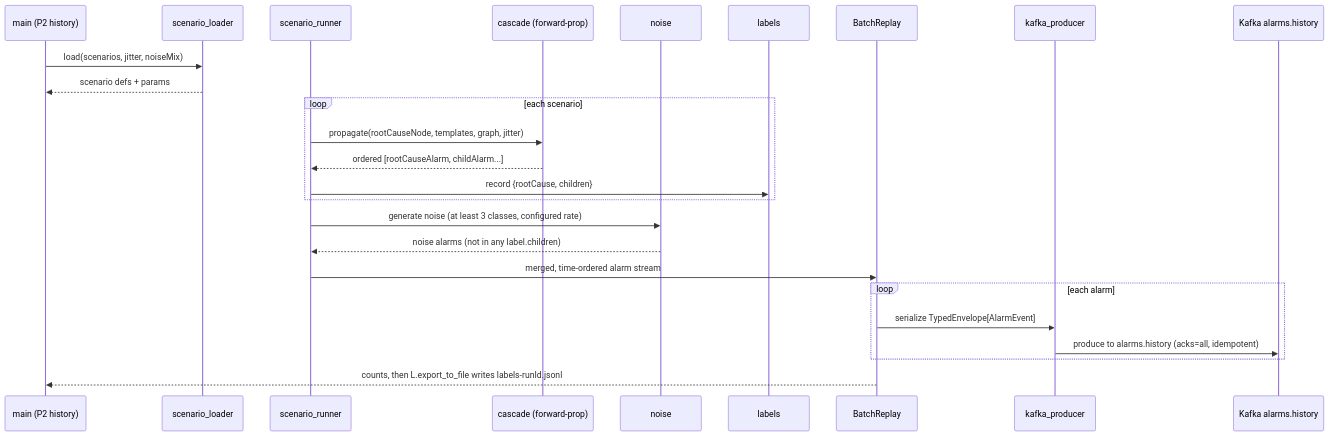
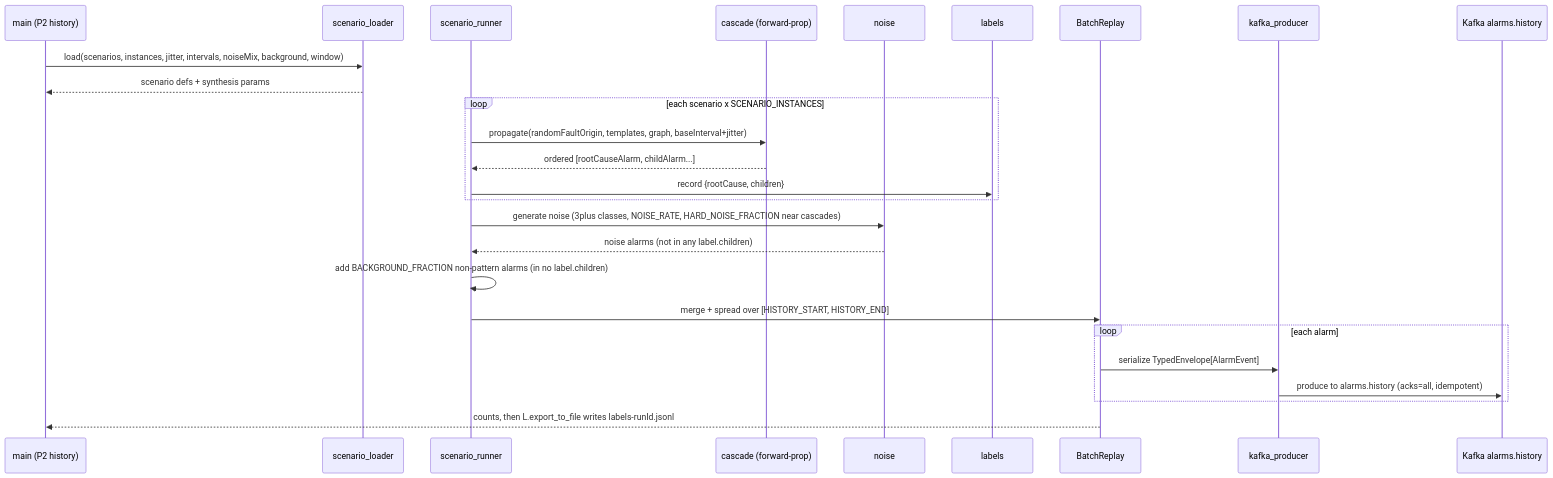
One commit to nikhilmohan/correlation-platform changed the fourth of 8 diagrams in services/simulator/design.md. Above: the diagram before and after it, drawn with Mermaid. The commit also changed other lines of this file, not shown here.

Commit message:
design(simulator): add CLI usage, volume/time/interval config + defaults, randomization scope, evaluation-set synthesis strategy

````diff
--- a/services/simulator/design.md
+++ b/services/simulator/design.md
@@ -330,28 +337,29 @@
 ```mermaid
 sequenceDiagram
   participant CLI as main (P2 history)
   participant SL as scenario_loader
   participant SR as scenario_runner
   participant C as cascade (forward-prop)
   participant N as noise
   participant L as labels
   participant R as BatchReplay
   participant KP as kafka_producer
   participant K as Kafka alarms.history
 
-  CLI->>SL: load(scenarios, jitter, noiseMix)
-  SL-->>CLI: scenario defs + params
-  loop each scenario
-    SR->>C: propagate(rootCauseNode, templates, graph, jitter)
+  CLI->>SL: load(scenarios, instances, jitter, intervals, noiseMix, background, window)
+  SL-->>CLI: scenario defs + synthesis params
+  loop each scenario x SCENARIO_INSTANCES
+    SR->>C: propagate(randomFaultOrigin, templates, graph, baseInterval+jitter)
     C-->>SR: ordered [rootCauseAlarm, childAlarm...]
     SR->>L: record {rootCause, children}
   end
-  SR->>N: generate noise (at least 3 classes, configured rate)
+  SR->>N: generate noise (3plus classes, NOISE_RATE, HARD_NOISE_FRACTION near cascades)
   N-->>SR: noise alarms (not in any label.children)
-  SR->>R: merged, time-ordered alarm stream
+  SR->>SR: add BACKGROUND_FRACTION non-pattern alarms (in no label.children)
+  SR->>R: merge + spread over [HISTORY_START, HISTORY_END]
   loop each alarm
     R->>KP: serialize TypedEnvelope[AlarmEvent]
     KP->>K: produce to alarms.history (acks=all, idempotent)
   end
   R-->>CLI: counts, then L.export_to_file writes labels-runId.jsonl
 ```
````
